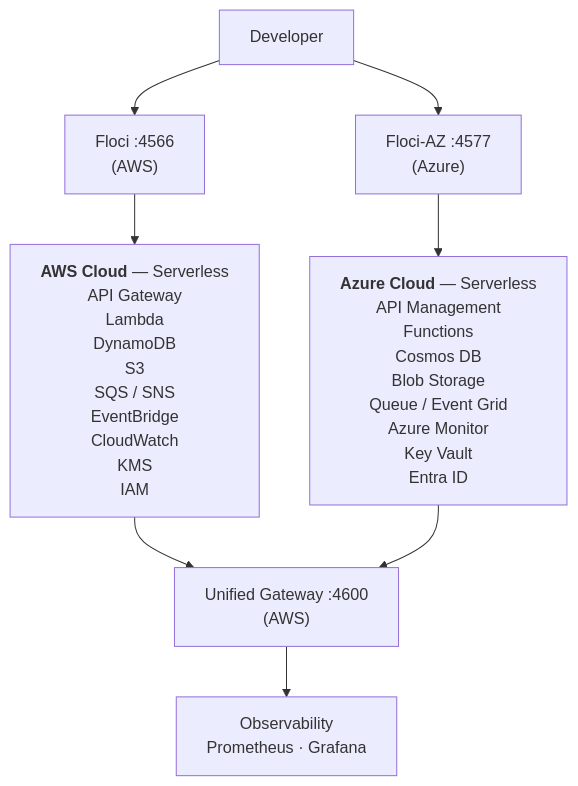
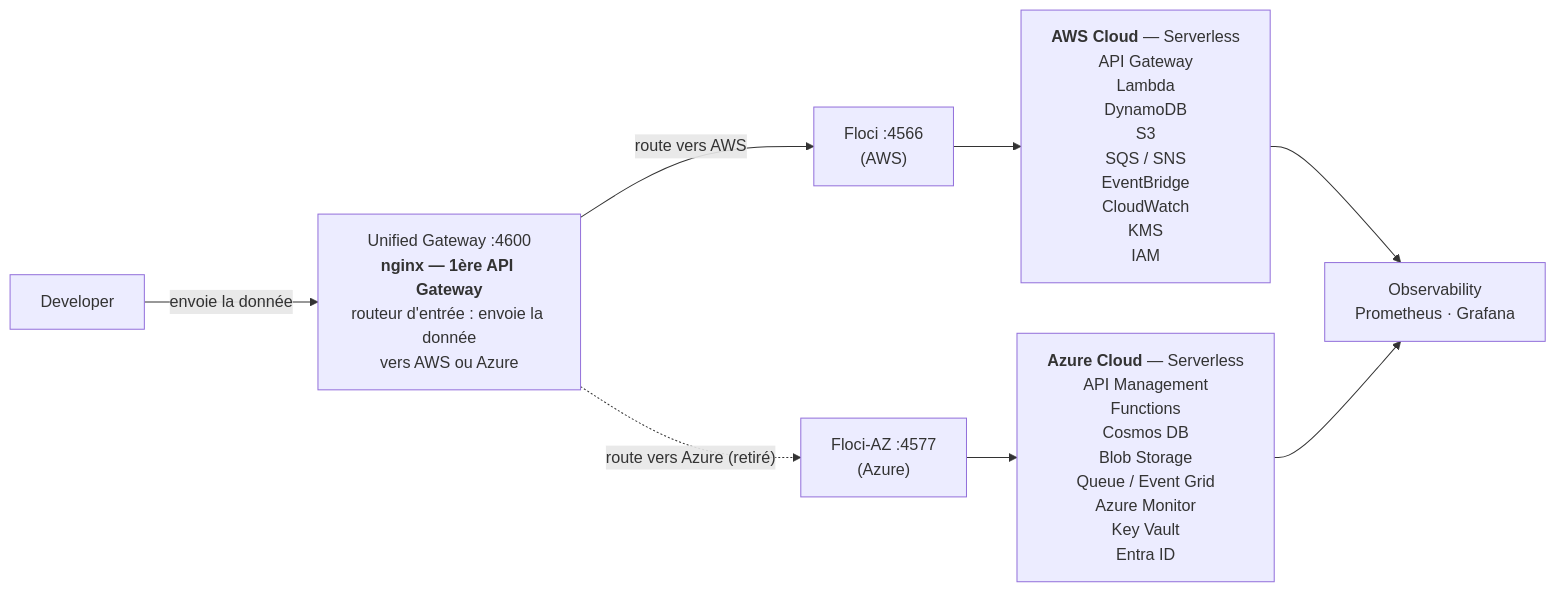
Before and after one commit to cyber-pnl/CloudForge: the second of 3 diagrams in README.md, drawn with Mermaid. The commit also changed 2 other files, not shown here.

Commit message:
MAJ README

````diff
--- a/README.md
+++ b/README.md
@@ -60,18 +60,20 @@
 ```mermaid
-flowchart TD
+flowchart LR
     Dev[Developer]
+
+    GW["Unified Gateway :4600<br/><b>nginx — 1ère API Gateway</b><br/>routeur d'entrée : envoie la donnée<br/>vers AWS ou Azure"]
+
     AMZ["Floci :4566<br/>(AWS)"]
     AZZ["Floci-AZ :4577<br/>(Azure)"]
     AWS[<b>AWS Cloud</b> — Serverless<br/>API Gateway<br/>Lambda<br/>DynamoDB<br/>S3<br/>SQS / SNS<br/>EventBridge<br/>CloudWatch<br/>KMS<br/>IAM]
     AZU[<b>Azure Cloud</b> — Serverless<br/>API Management<br/>Functions<br/>Cosmos DB<br/>Blob Storage<br/>Queue / Event Grid<br/>Azure Monitor<br/>Key Vault<br/>Entra ID]
-    GW["Unified Gateway :4600<br/>(AWS)"]
     OBS[Observability<br/>Prometheus · Grafana]
 
-    Dev --> AMZ
-    Dev --> AZZ
+    Dev -->|"envoie la donnée"| GW
+    GW -->|"route vers AWS"| AMZ
+    GW -.->|"route vers Azure (retiré)"| AZZ
     AMZ --> AWS
     AZZ --> AZU
-    AWS --> GW
-    AZU --> GW
-    GW --> OBS
+    AWS --> OBS
+    AZU --> OBS
 ```
````
